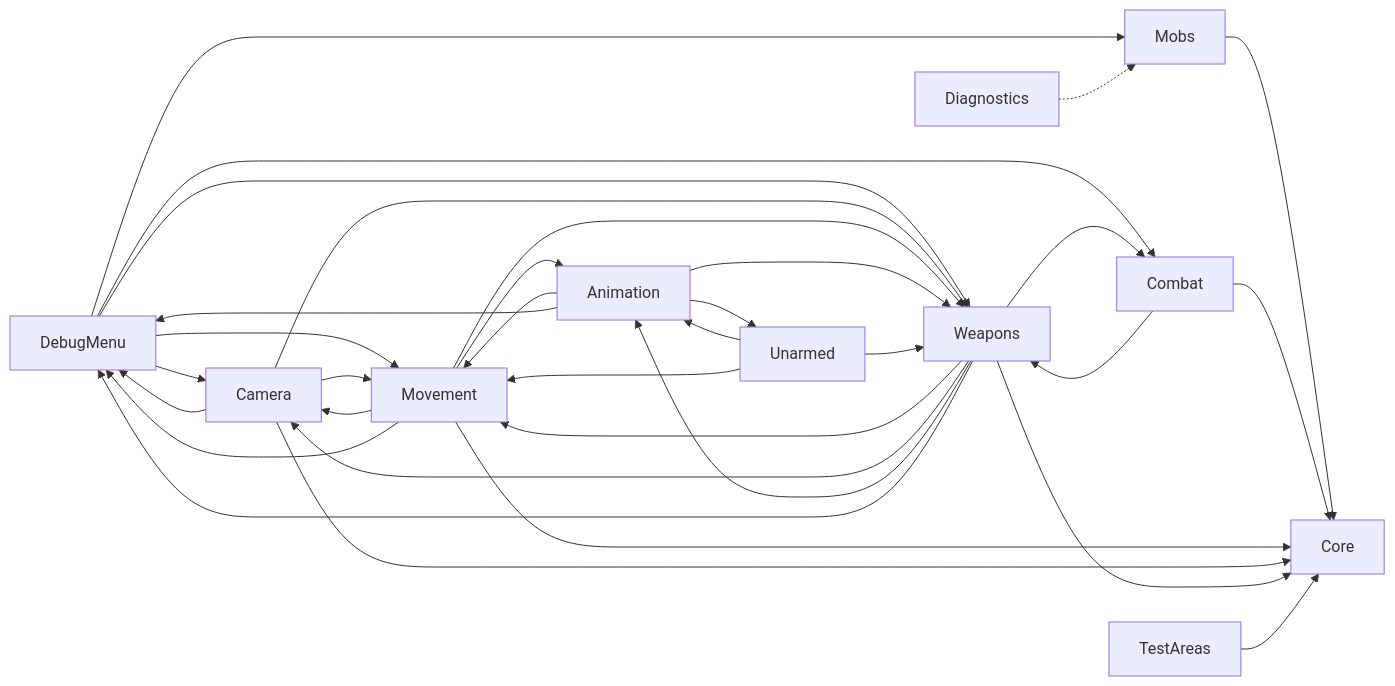
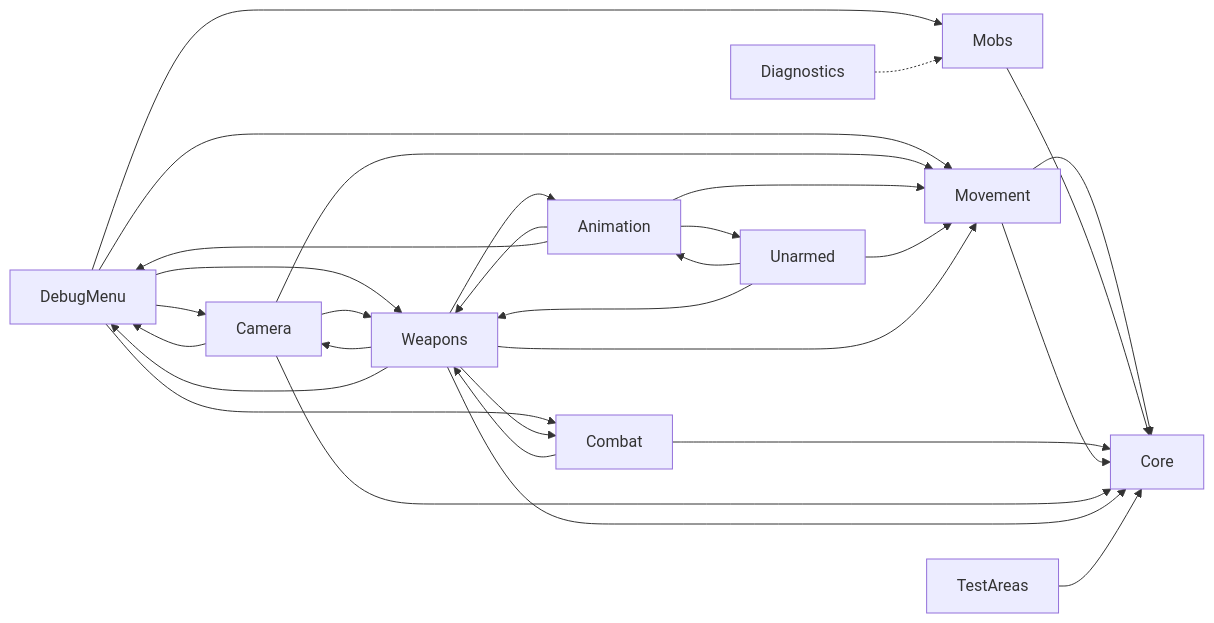
The diagram in docs/ARCHITECTURE.md (gagejack/unityTestProject), drawn with Mermaid before and after one commit. The commit also changed other lines of this file and 26 other files, not shown here.

First line of the commit message:
Rebuild movement: named steps, Core contracts, frame-rate independent (plan step 5)

````diff
--- a/docs/ARCHITECTURE.md
+++ b/docs/ARCHITECTURE.md
@@ -24,15 +24,15 @@
 ```mermaid
 flowchart LR
     Menu[DebugMenu] --> Camera & Movement & Weapons & Mobs & Combat
     Camera --> Movement & Weapons & Menu
-    Movement --> Camera & Animation & Weapons & Menu
+    Movement --> Core
     Animation --> Movement & Weapons & Unarmed & Menu
     Unarmed --> Animation & Weapons & Movement
     Weapons --> Movement & Camera & Animation & Combat & Menu
     Combat --> Weapons
     Mobs --> Core
     Combat --> Core
     Movement & Camera & Weapons --> Core
     Diagnostics -.-> Mobs
     TestAreas --> Core
 ```
````
